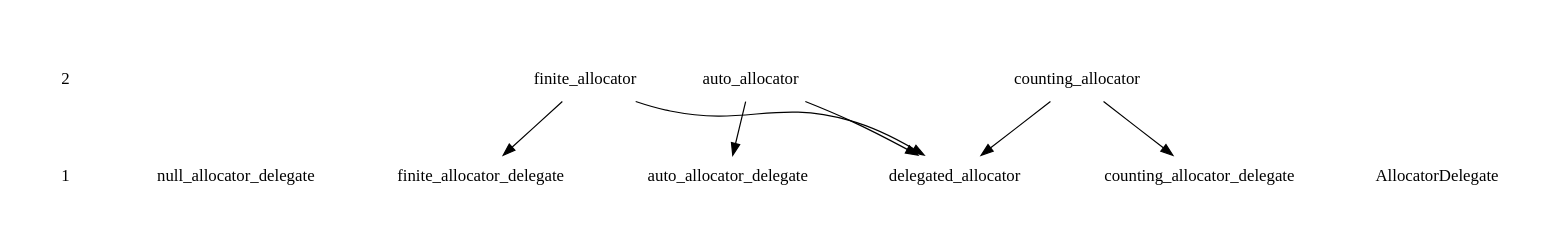
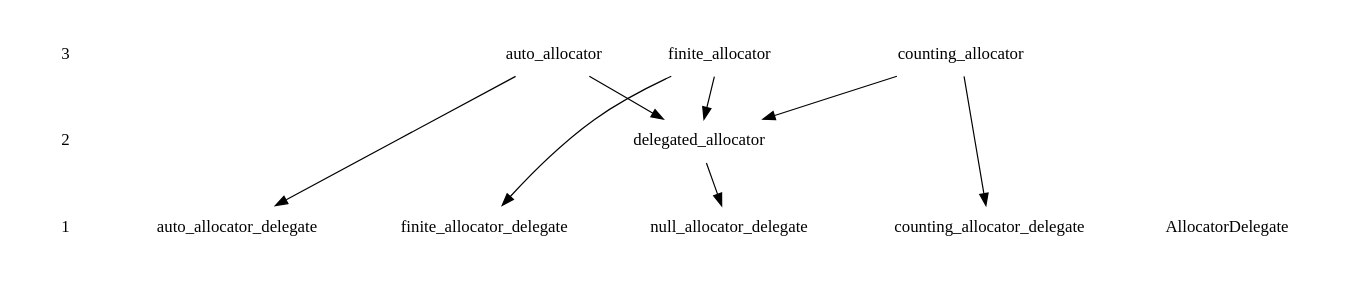
The diagram in doc/level.dot (jeffs/tgc), drawn with Graphviz before and after one commit. The commit also changed 13 other files, not shown here.

Commit message:
Begin implementation of delegated_allocator.

```diff
--- a/doc/level.dot
+++ b/doc/level.dot
@@ -1,42 +1,34 @@
 digraph Levels {
     compound=true;
     fontsize=12;
     node [shape=none];
+    style=invis;
 
     subgraph cluster_legend {
-        style=invis;
-        node [shape=none];
         edge [style=invis];
 
-        2 -> 1;
+        3 -> 2 -> 1;
     }
 
     subgraph cluster_level2 {
-        label="Level 1";
-        labeljust="l";
-        style=invis;
-
-        auto_allocator;
-        finite_allocator;
+             auto_allocator;
+           finite_allocator;
+        delegated_allocator;
     }
 
     subgraph cluster_level1 {
-        label="Level 1";
-        labeljust="l";
-        style=invis;
-
-        AllocatorDelegate;
+                  AllocatorDelegate;
+            auto_allocator_delegate;
+            null_allocator_delegate;
+          finite_allocator_delegate;
         counting_allocator_delegate;
-        delegated_allocator;
-        auto_allocator_delegate;
-        finite_allocator_delegate;
-        null_allocator_delegate;
     }
 
-    auto_allocator -> auto_allocator_delegate;
-    auto_allocator -> delegated_allocator;
-    counting_allocator -> delegated_allocator;
-    counting_allocator -> counting_allocator_delegate;
-    finite_allocator -> delegated_allocator;
-    finite_allocator -> finite_allocator_delegate;
+         auto_allocator ->         delegated_allocator;
+         auto_allocator ->     auto_allocator_delegate;
+       finite_allocator ->         delegated_allocator;
+       finite_allocator ->   finite_allocator_delegate;
+     counting_allocator ->         delegated_allocator;
+     counting_allocator -> counting_allocator_delegate;
+    delegated_allocator ->     null_allocator_delegate;     // for testing
 }
```
